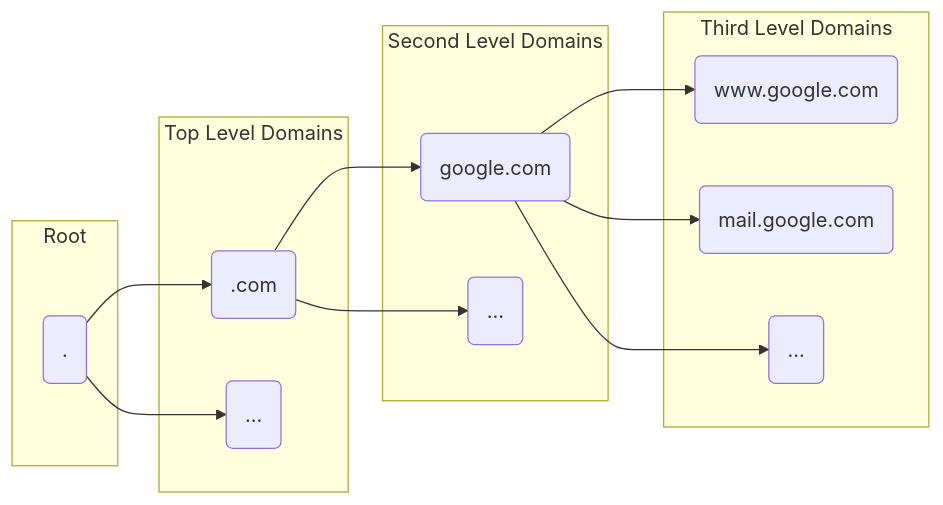
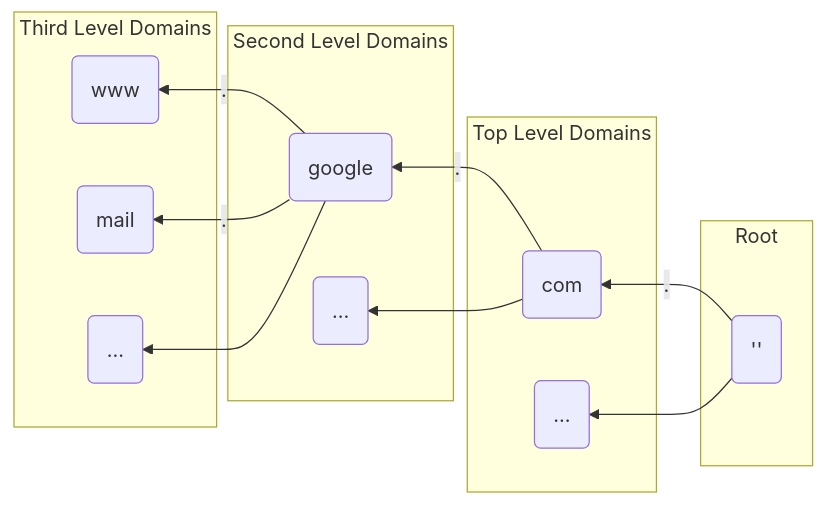
Before and after one commit to underscoremin/underscoremin.github.io: the fourth of 8 diagrams in _posts/2022-12-01-what-is-DNS.md, drawn with Mermaid. The commit also changed other lines of this file and 3 other files, not shown here.

```diff
--- a/_posts/2022-12-01-what-is-DNS.md
+++ b/_posts/2022-12-01-what-is-DNS.md
@@ -154,19 +115,19 @@
 <div class="mermaid">
-flowchart LR
+flowchart RL
     subgraph Root
-        root(.)
+        root('')
     end
     subgraph TLD [&nbsp&nbspTop Level Domains&nbsp&nbsp]
-        root --> com(.com)
+        root -- &nbsp.&nbsp --> com(com)
         root --> TLD...(...)
     end
     subgraph SLD [&nbsp&nbspSecond Level Domains&nbsp&nbsp]
-        com --> google(google.com)
+        com -- &nbsp.&nbsp --> google(google)
         com --> SLD...(...)
     end 
     subgraph ThLD [&nbsp&nbspThird Level Domains&nbsp&nbsp]
-        google --> www(www.google.com)
-        google --> mail(mail.google.com)
+        google -- &nbsp.&nbsp --> www(www)
+        google -- &nbsp.&nbsp --> mail(mail)
         google --> ThirdLevelDomain...(...)
     end 
 </div>     
```
